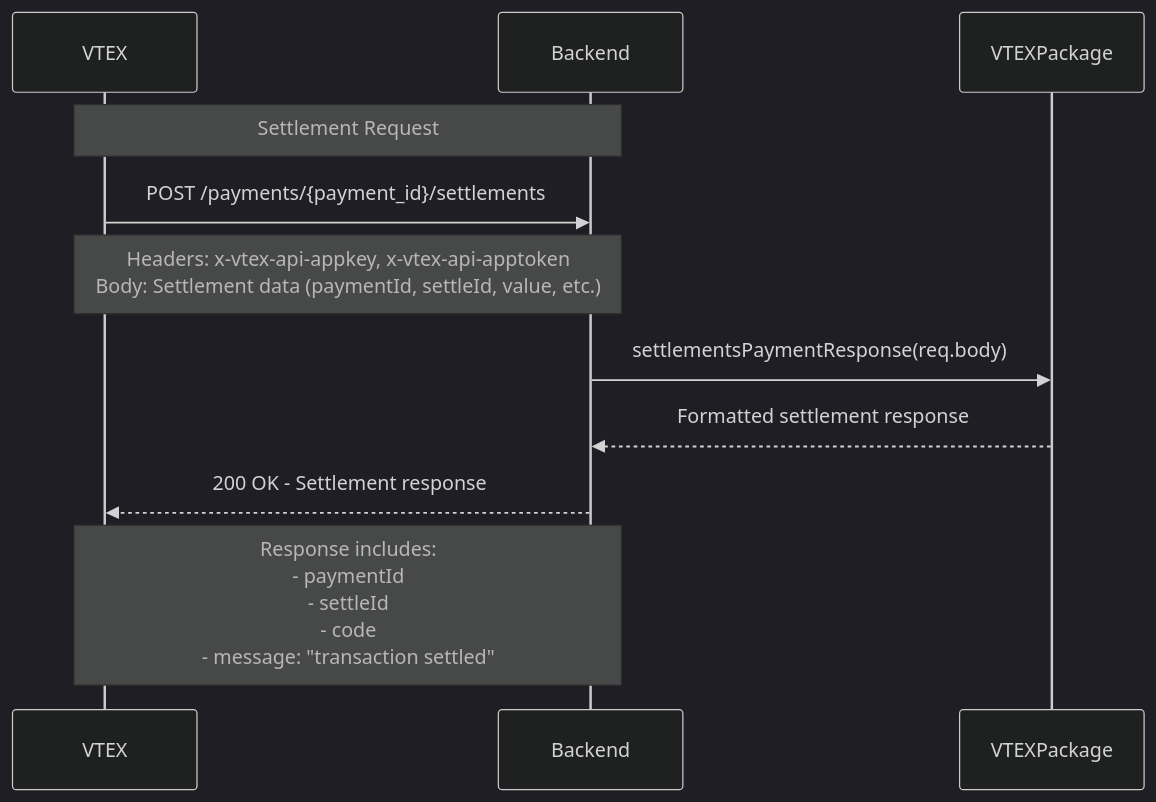
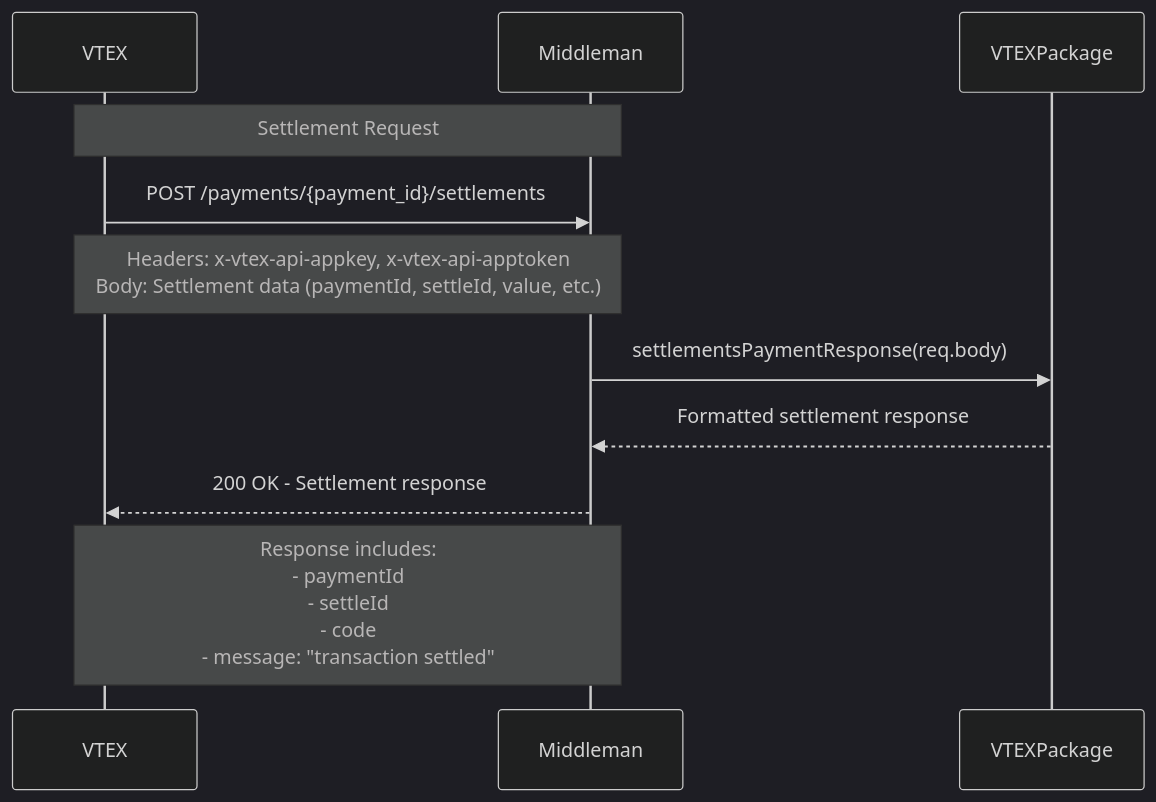
Before and after one commit to joa2pac/text-assistant-gpt: the second of 4 diagrams in README.md, drawn with Mermaid (dark theme). The commit also changed other lines of this file, not shown here.

````diff
--- a/README.md
+++ b/README.md
@@ -244,16 +270,16 @@
 ```mermaid
 sequenceDiagram
   participant VTEX
-  participant Backend
+  participant Middleman
   participant VTEXPackage
 
-  note over VTEX,Backend: Settlement Request
-  VTEX->>Backend: POST /payments/{payment_id}/settlements
-  Note over VTEX,Backend: Headers: x-vtex-api-appkey, x-vtex-api-apptoken<br/>Body: Settlement data (paymentId, settleId, value, etc.)
+  note over VTEX,Middleman: Settlement Request
+  VTEX->>Middleman: POST /payments/{payment_id}/settlements
+  Note over VTEX,Middleman: Headers: x-vtex-api-appkey, x-vtex-api-apptoken<br/>Body: Settlement data (paymentId, settleId, value, etc.)
 
-  Backend->>VTEXPackage: settlementsPaymentResponse(req.body)
-  VTEXPackage-->>Backend: Formatted settlement response
+  Middleman->>VTEXPackage: settlementsPaymentResponse(req.body)
+  VTEXPackage-->>Middleman: Formatted settlement response
 
-  Backend-->>VTEX: 200 OK - Settlement response
-  Note over Backend,VTEX: Response includes:<br/>- paymentId<br/>- settleId<br/>- code<br/>- message: "transaction settled"
+  Middleman-->>VTEX: 200 OK - Settlement response
+  Note over Middleman,VTEX: Response includes:<br/>- paymentId<br/>- settleId<br/>- code<br/>- message: "transaction settled"
 ```
````
